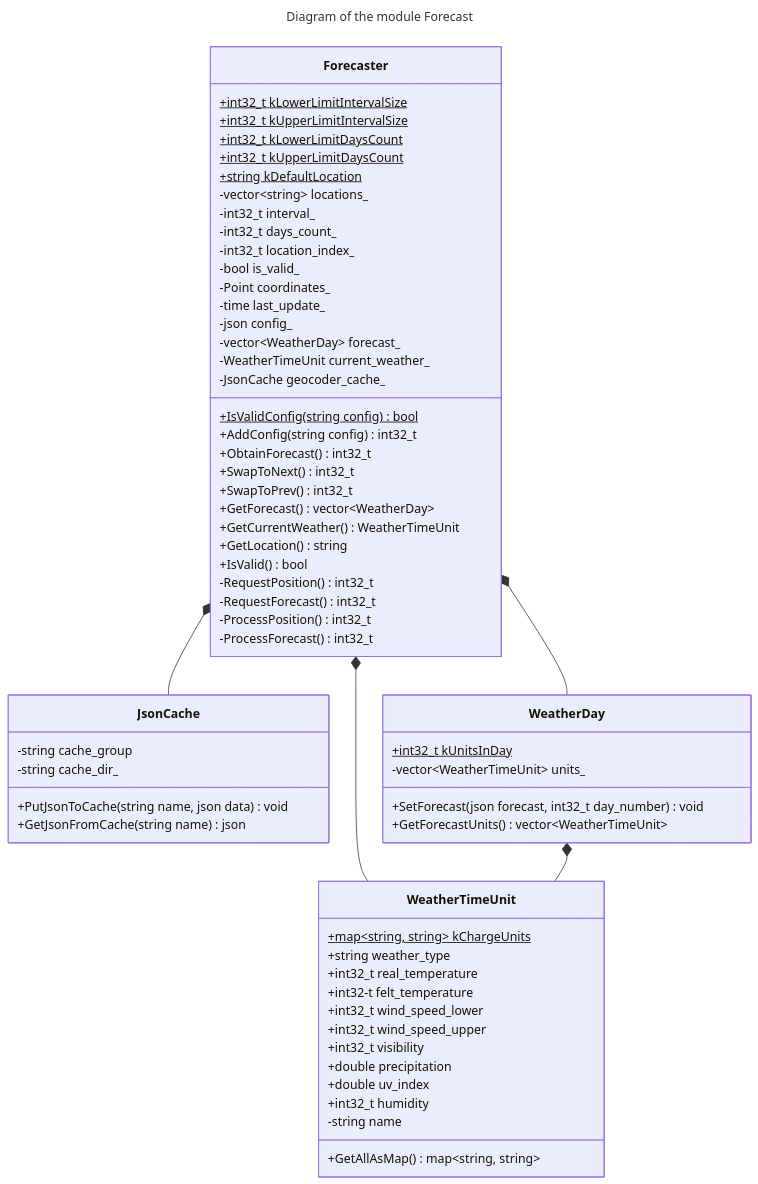
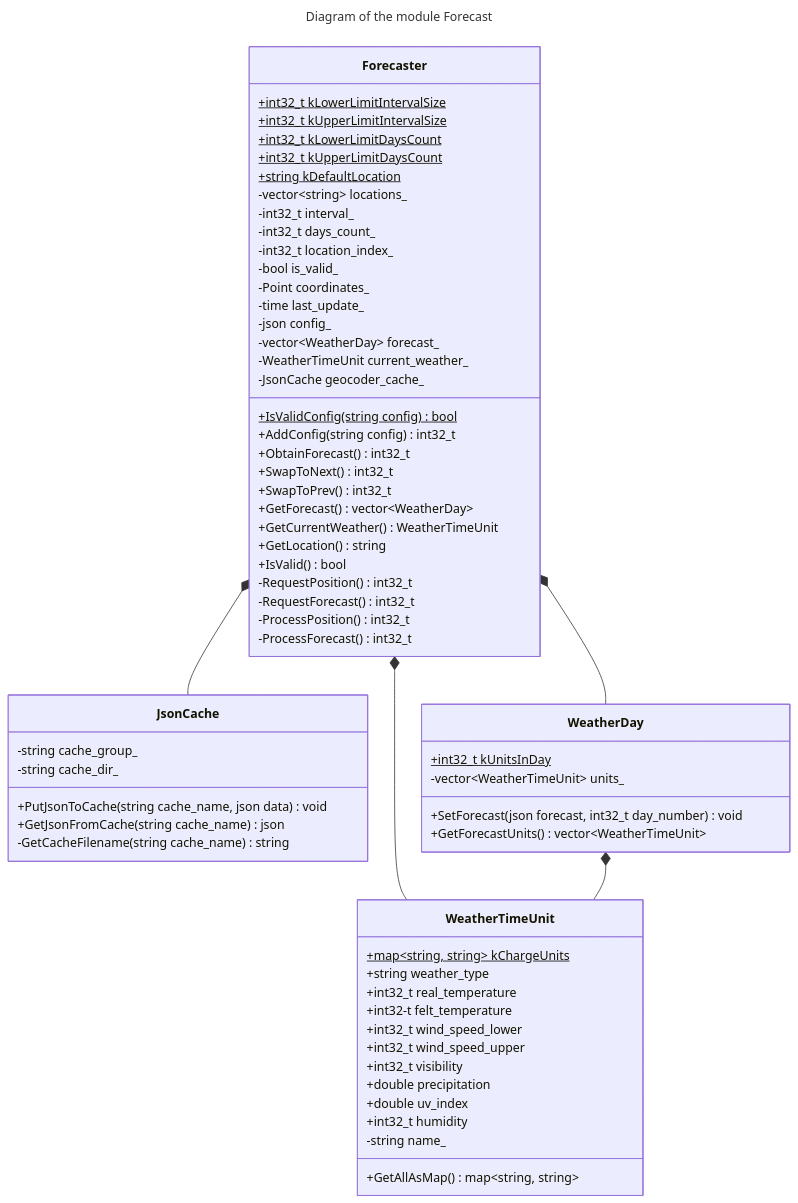
The second of 3 diagrams in docs/dev/architecture.md (bialger/weather-forecast), drawn with Mermaid before and after one commit.

Commit message:
JsonCache UML update

````diff
--- a/docs/dev/architecture.md
+++ b/docs/dev/architecture.md
@@ -56,74 +56,75 @@
 ```mermaid
 ---
 title: Diagram of the module Forecast
 ---
 %%{
   init: {
     'theme': 'base',
     'classDiagram': { 'curve': 'linaer' },
   }
 }%%
 classDiagram
   direction TB
   class Forecaster {
     +int32_t kLowerLimitIntervalSize$
     +int32_t kUpperLimitIntervalSize$
     +int32_t kLowerLimitDaysCount$
     +int32_t kUpperLimitDaysCount$
     +string kDefaultLocation$
     -vector~string~ locations_
     -int32_t interval_
     -int32_t days_count_
     -int32_t location_index_
     -bool is_valid_
     -Point coordinates_
     -time last_update_
     -json config_
     -vector~WeatherDay~ forecast_
     -WeatherTimeUnit current_weather_
     -JsonCache geocoder_cache_
     +IsValidConfig(string config)$ bool
     +AddConfig(string config) int32_t
     +ObtainForecast() int32_t
     +SwapToNext() int32_t
     +SwapToPrev() int32_t
     +GetForecast() vector~WeatherDay~
     +GetCurrentWeather() WeatherTimeUnit
     +GetLocation() string
     +IsValid() bool
     -RequestPosition() int32_t
     -RequestForecast() int32_t
     -ProcessPosition() int32_t
     -ProcessForecast() int32_t
   }
   class JsonCache {
-    -string cache_group
+    -string cache_group_
     -string cache_dir_
-    +PutJsonToCache(string name, json data) void
-    +GetJsonFromCache(string name) json
+    +PutJsonToCache(string cache_name, json data) void
+    +GetJsonFromCache(string cache_name) json
+    -GetCacheFilename(string cache_name) string
   }
   class WeatherDay {
     +int32_t kUnitsInDay$
     -vector~WeatherTimeUnit~ units_
     +SetForecast(json forecast, int32_t day_number) void
     +GetForecastUnits() vector~WeatherTimeUnit~
   }
   class WeatherTimeUnit {
     +map~string, string~ kChargeUnits$
     +string weather_type
     +int32_t real_temperature
     +int32-t felt_temperature
     +int32_t wind_speed_lower
     +int32_t wind_speed_upper
     +int32_t visibility
     +double precipitation
     +double uv_index
     +int32_t humidity
-    -string name
+    -string name_
     +GetAllAsMap() map~string, string~
   }
   Forecaster *-- WeatherDay
   Forecaster *-- WeatherTimeUnit
   Forecaster *-- JsonCache
   WeatherDay *-- WeatherTimeUnit
 ```
````
